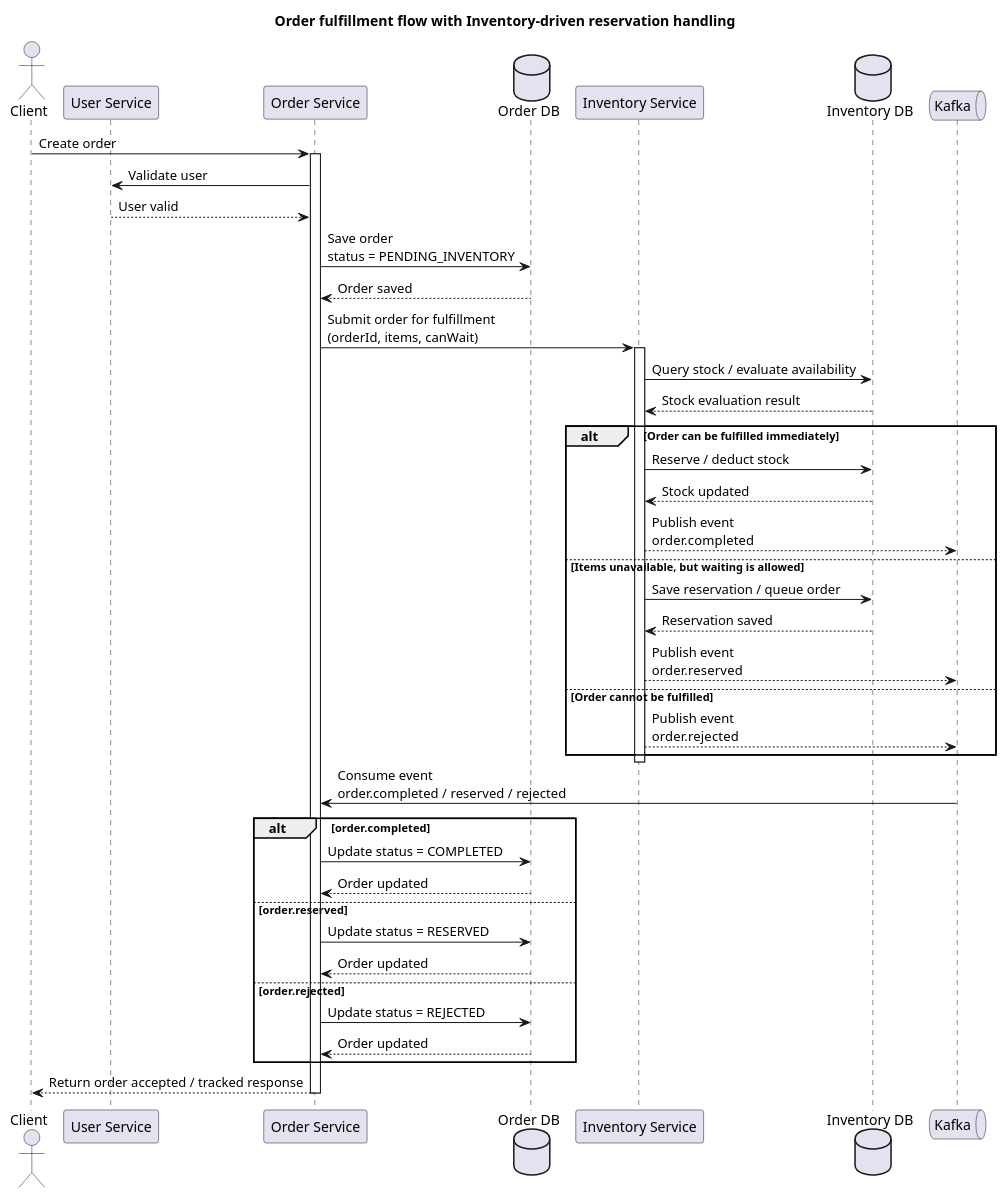
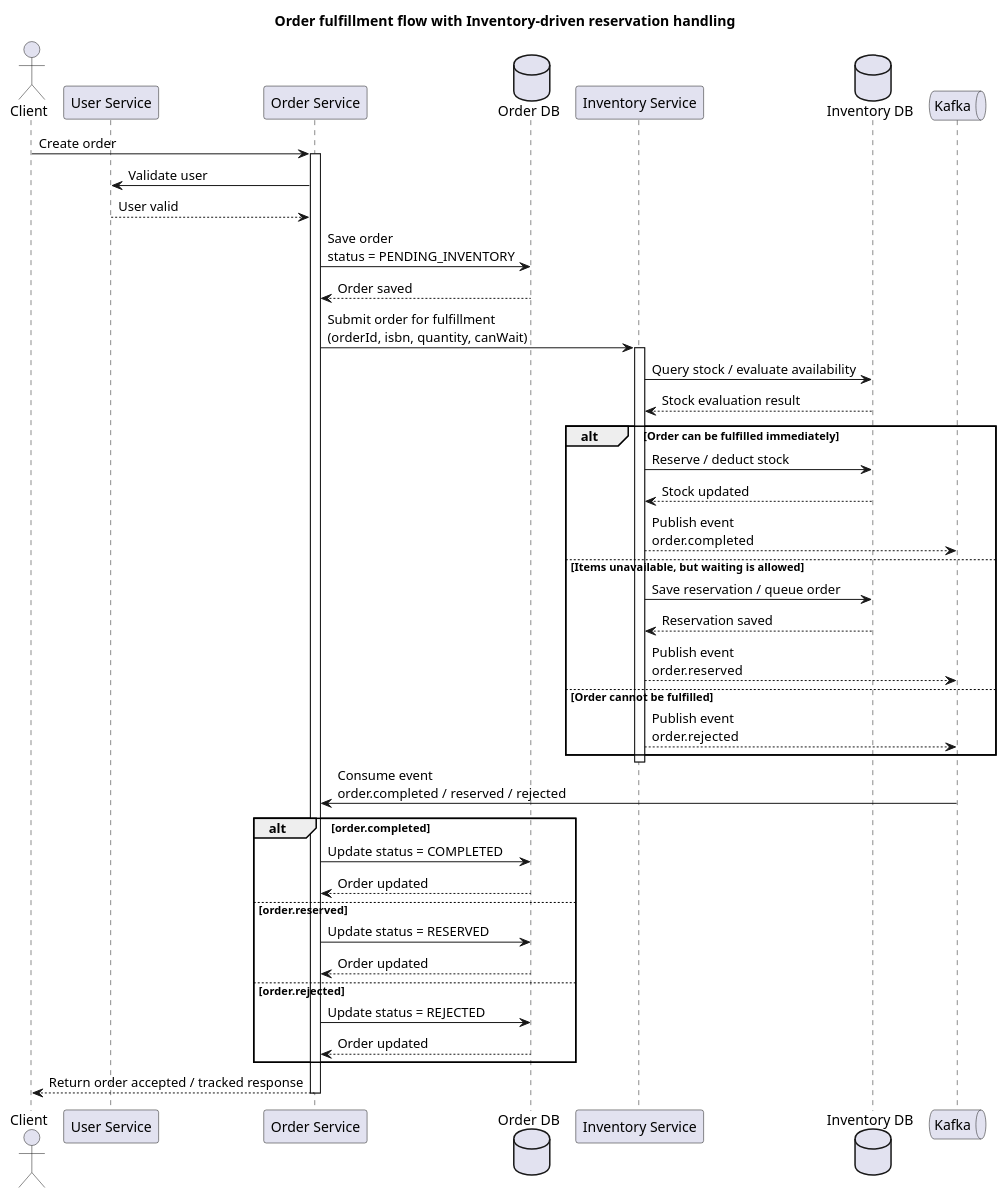
Before and after one commit to mkrzesinski/EventSentinel: the diagram in Docs/system-logic.md, drawn with PlantUML. The commit also changed other lines of this file and 14 other files, not shown here.

````diff
--- a/Docs/system-logic.md
+++ b/Docs/system-logic.md
@@ -33,59 +37,59 @@
 ```plantuml
 @startuml
 title Order fulfillment flow with Inventory-driven reservation handling
 
 actor Client
 participant "User Service" as UserService
 participant "Order Service" as OrderService
 database "Order DB" as OrderDB
 participant "Inventory Service" as InventoryService
 database "Inventory DB" as InventoryDB
 queue "Kafka" as Kafka
 
 Client -> OrderService : Create order
 activate OrderService
 
 OrderService -> UserService : Validate user
 UserService --> OrderService : User valid
 
 OrderService -> OrderDB : Save order\nstatus = PENDING_INVENTORY
 OrderDB --> OrderService : Order saved
 
-OrderService -> InventoryService : Submit order for fulfillment\n(orderId, items, canWait)
+OrderService -> InventoryService : Submit order for fulfillment\n(orderId, isbn, quantity, canWait)
 activate InventoryService
 
 InventoryService -> InventoryDB : Query stock / evaluate availability
 InventoryDB --> InventoryService : Stock evaluation result
 
 alt Order can be fulfilled immediately
     InventoryService -> InventoryDB : Reserve / deduct stock
     InventoryDB --> InventoryService : Stock updated
     InventoryService --> Kafka : Publish event\norder.completed
 else Items unavailable, but waiting is allowed
     InventoryService -> InventoryDB : Save reservation / queue order
     InventoryDB --> InventoryService : Reservation saved
     InventoryService --> Kafka : Publish event\norder.reserved
 else Order cannot be fulfilled
     InventoryService --> Kafka : Publish event\norder.rejected
 end
 
 deactivate InventoryService
 
 Kafka -> OrderService : Consume event\norder.completed / reserved / rejected
 
 alt order.completed
     OrderService -> OrderDB : Update status = COMPLETED
     OrderDB --> OrderService : Order updated
 else order.reserved
     OrderService -> OrderDB : Update status = RESERVED
     OrderDB --> OrderService : Order updated
 else order.rejected
     OrderService -> OrderDB : Update status = REJECTED
     OrderDB --> OrderService : Order updated
 end
 
 OrderService --> Client : Return order accepted / tracked response
 deactivate OrderService
 
 @enduml
 ```
````
